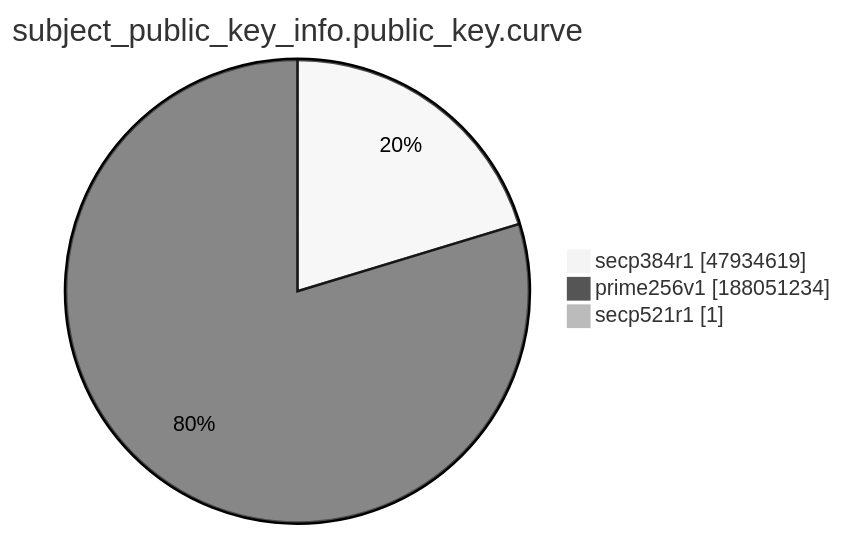
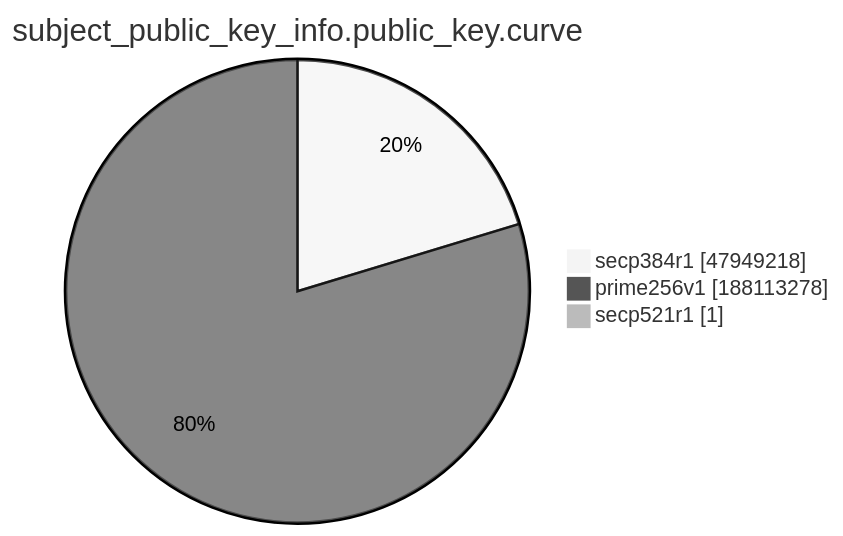
Before and after one commit to christiankrug/ctmonitor_visualization: the ninth of 15 diagrams in xenon2022/README.md, drawn with Mermaid (neutral theme). The commit also changed other lines of this file, not shown here.

````diff
--- a/xenon2022/README.md
+++ b/xenon2022/README.md
@@ -2874,7 +2874,7 @@
 ```mermaid
 pie showData
 title subject_public_key_info.public_key.curve
-"secp384r1" :47934619
-"prime256v1" :188051234
+"secp384r1" :47949218
+"prime256v1" :188113278
 "secp521r1" :1
 ```
````
